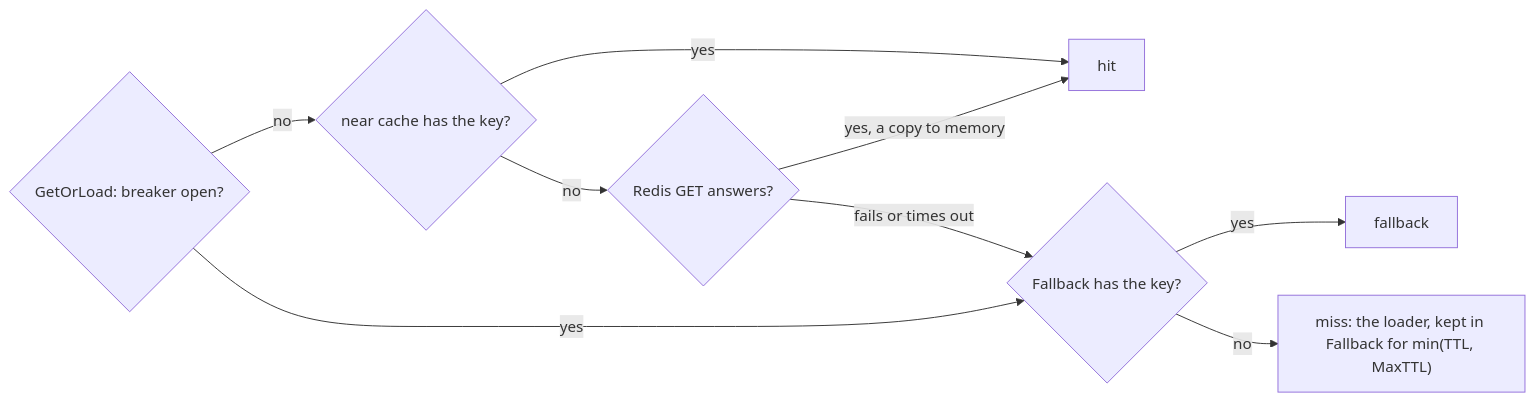
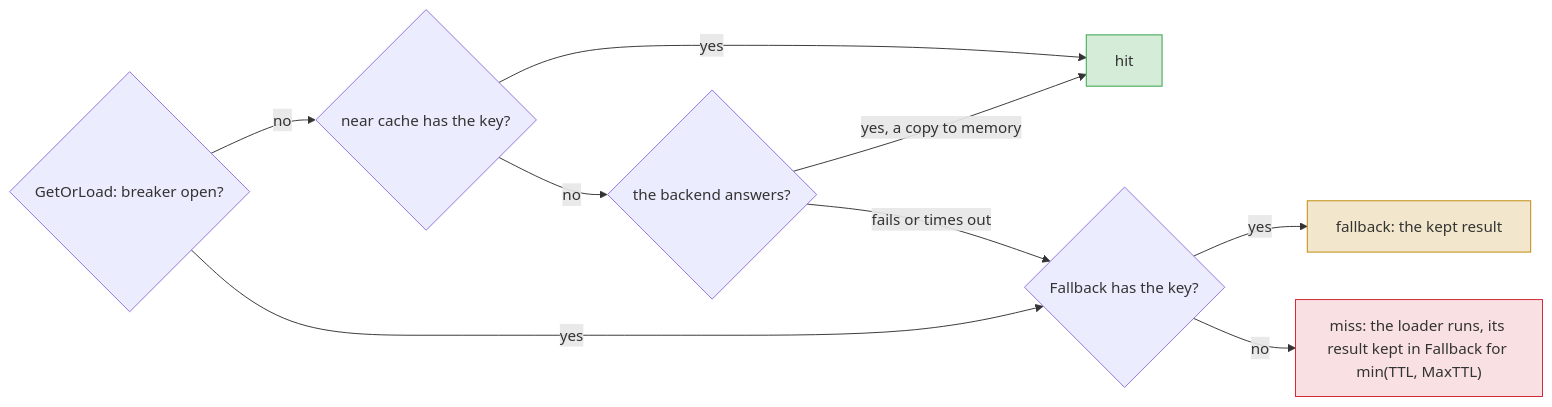
The second of 2 diagrams in docs/en/concepts/outages.md (eugeneliukindev/gashe), drawn with Mermaid before and after one commit. The commit also changed other lines of this file and 195 other files, not shown here.

````diff
--- a/docs/en/concepts/outages.md
+++ b/docs/en/concepts/outages.md
@@ -71,11 +92,17 @@
 ```mermaid
 flowchart LR
     B{"GetOrLoad: breaker open?"} -- no --> N{"near cache has the key?"}
     B -- yes --> F{"Fallback has the key?"}
     N -- yes --> H["hit"]
-    N -- no --> R{"Redis GET answers?"}
+    N -- no --> R{"the backend answers?"}
     R -- "yes, a copy to memory" --> H
     R -- "fails or times out" --> F
-    F -- yes --> FB["fallback"]
-    F -- no --> L["miss: the loader, kept in Fallback for min(TTL, MaxTTL)"]
+    F -- yes --> FB["fallback: the kept result"]
+    F -- no --> L["miss: the loader runs, its result kept in Fallback for min(TTL, MaxTTL)"]
+    classDef ok fill:#2ea04333,stroke:#2ea043
+    classDef kept fill:#bf870033,stroke:#bf8700
+    classDef load fill:#cf222e22,stroke:#cf222e
+    class H ok
+    class FB kept
+    class L load
 ```
````
